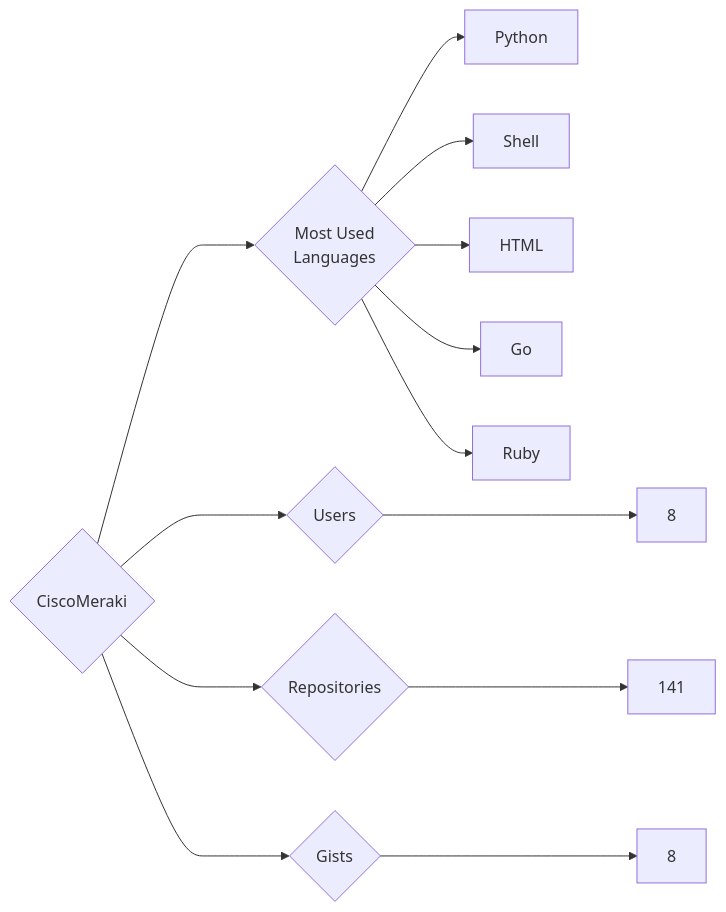
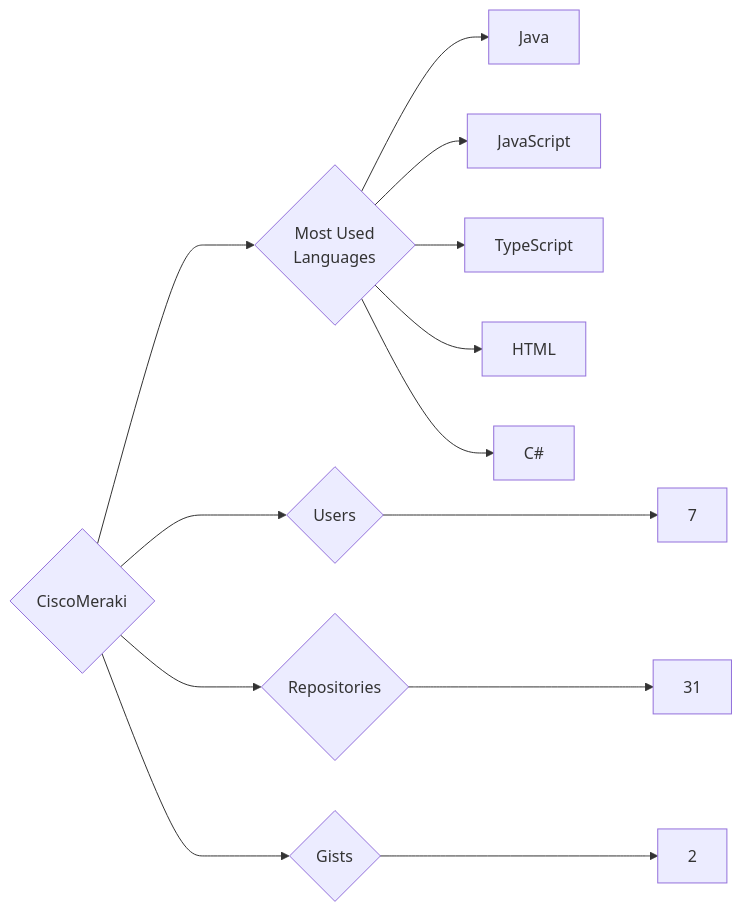
One commit to trickest/insiders changed the diagram in targets/CiscoMeraki/README.md. Above: the diagram before and after it, drawn with Mermaid. The commit also changed 1167 other files, not shown here.

````diff
--- a/targets/CiscoMeraki/README.md
+++ b/targets/CiscoMeraki/README.md
@@ -3,13 +3,13 @@
 ```mermaid
 graph LR
 COMPANY_NAME{CiscoMeraki}
-COMPANY_NAME ---> U{Users} ---> UN[8]
-COMPANY_NAME ---> R{Repositories} ---> RN[141]
-COMPANY_NAME ---> G{Gists} ---> GN[8]
+COMPANY_NAME ---> U{Users} ---> UN[7]
+COMPANY_NAME ---> R{Repositories} ---> RN[31]
+COMPANY_NAME ---> G{Gists} ---> GN[2]
 COMPANY_NAME ---> ML{Most Used<br>Languages}
-ML --> Python[Python]
-ML --> Shell[Shell]
+ML --> Java[Java]
+ML --> JavaScript[JavaScript]
+ML --> TypeScript[TypeScript]
 ML --> HTML[HTML]
-ML --> Go[Go]
-ML --> Ruby[Ruby]
+ML --> C#[C#]
 ```
````
